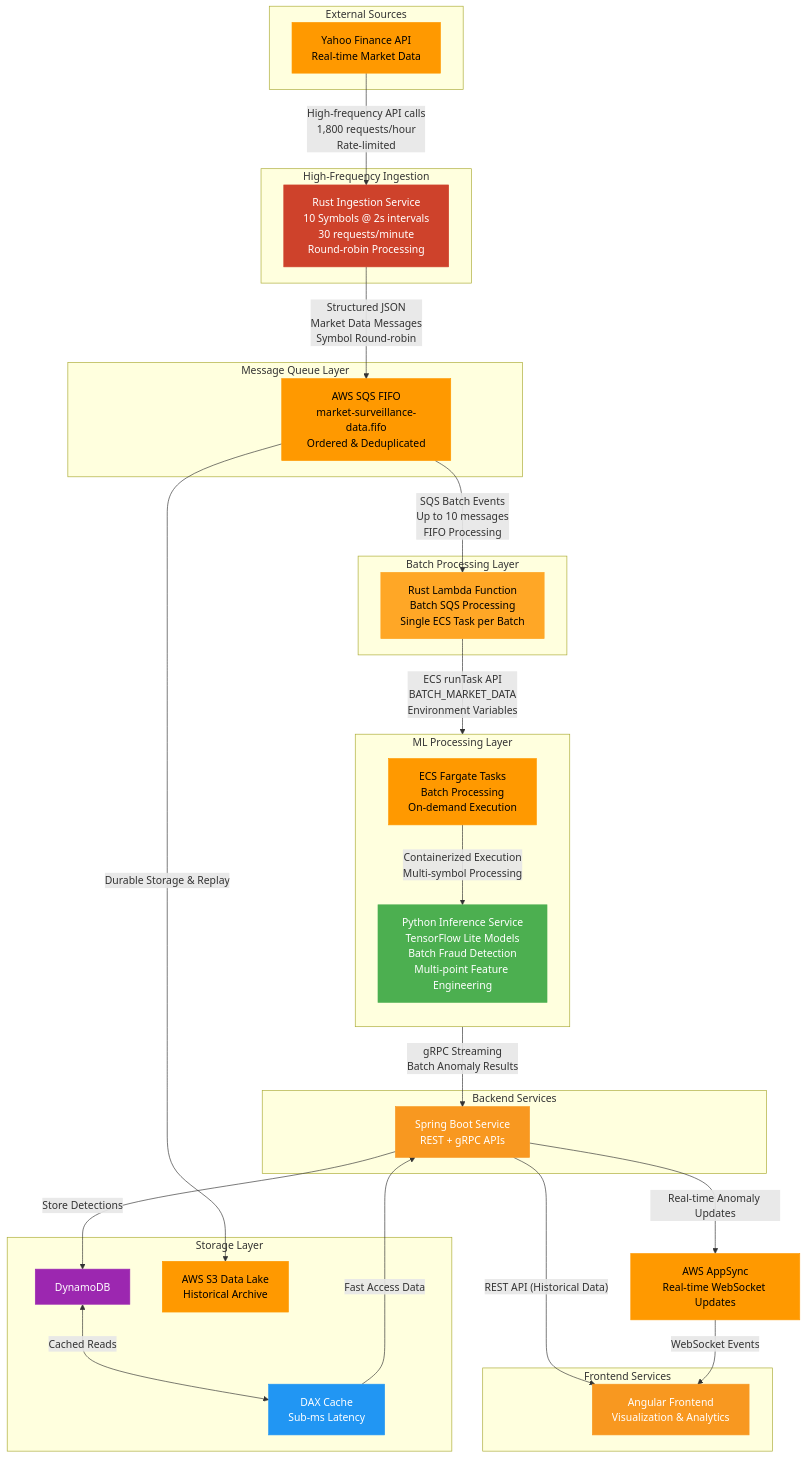
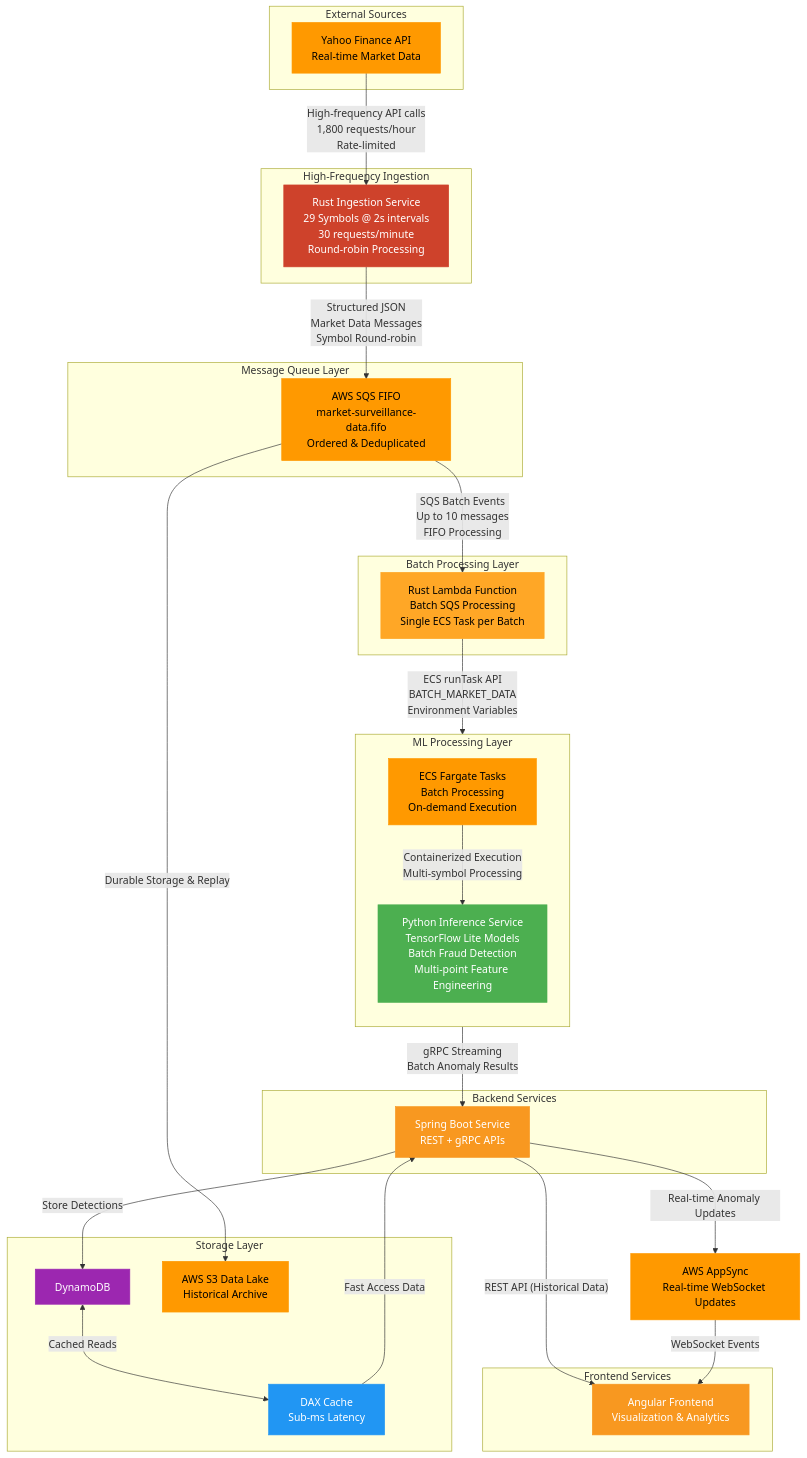
One commit to A-KGeorge/real-time-market-fraud-detector changed the diagram in README.md. Above: the diagram before and after it, drawn with Mermaid. The commit also changed other lines of this file, not shown here.

Commit message:
docs: Update README to reflect changes in symbol processing from 10 to 29 for Rust Ingestion Service

```diff
--- a/README.md
+++ b/README.md
@@ -24,7 +24,7 @@
 
 %% INGESTION
 subgraph Ingestion["High-Frequency Ingestion"]
-RUST[Rust Ingestion Service<br/>10 Symbols @ 2s intervals<br/>30 requests/minute<br/>Round-robin Processing]:::rust
+RUST[Rust Ingestion Service<br/>29 Symbols @ 2s intervals<br/>30 requests/minute<br/>Round-robin Processing]:::rust
 end
 
 %% QUEUE LAYER
```
